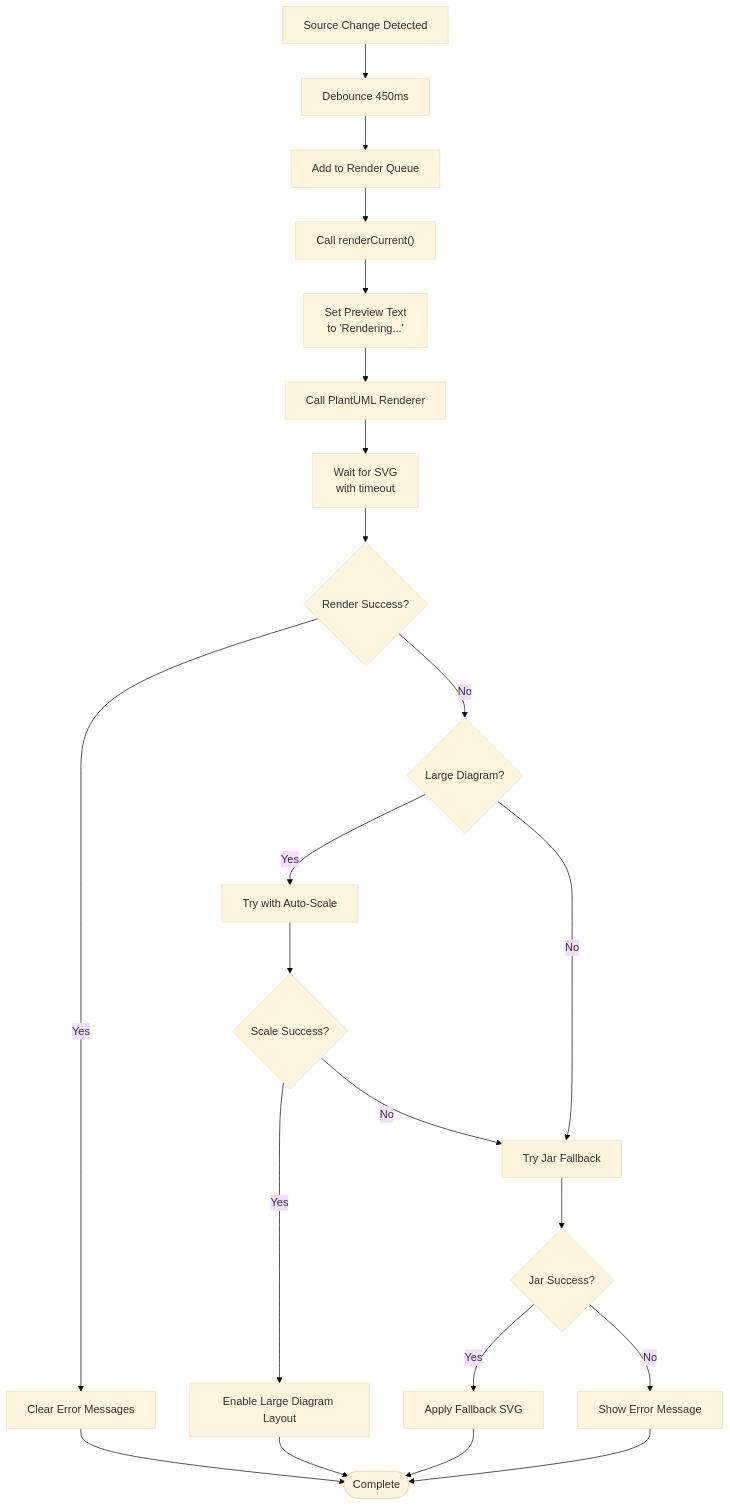
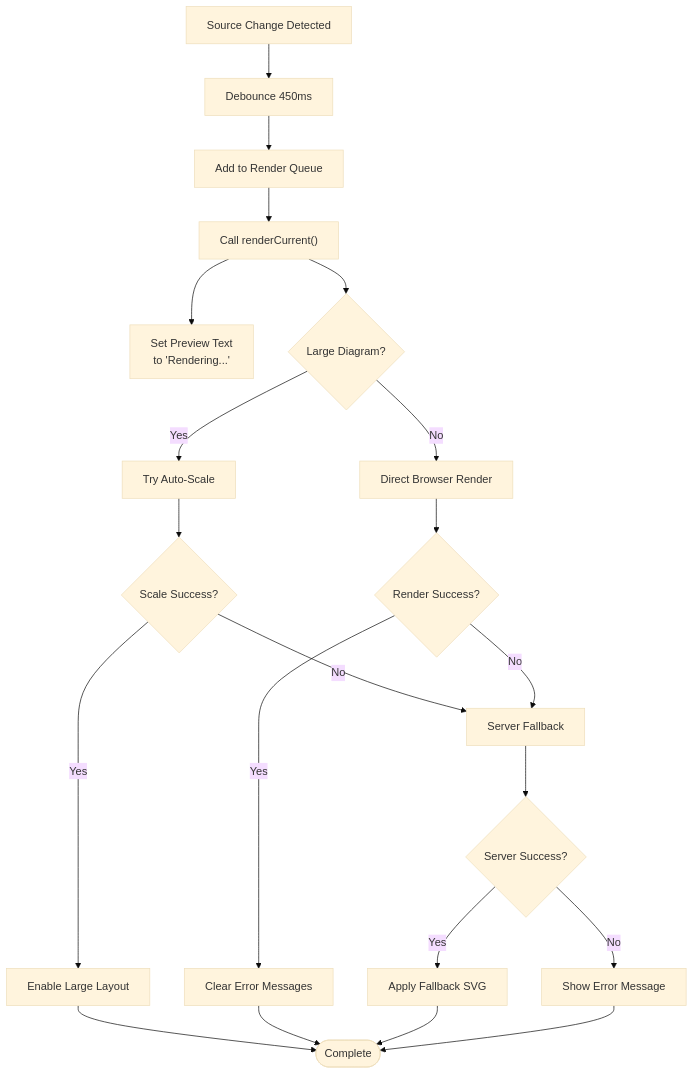
Before and after one commit to pingwurth/code-to-uml: the fourth of 12 diagrams in .qoder/repowiki/en/content/Core Components/Demo Example Component.md, drawn with Mermaid (base theme). The commit also changed other lines of this file and 55 other files, not shown here.

````diff
--- a/.qoder/repowiki/en/content/Core Components/Demo Example Component.md
+++ b/.qoder/repowiki/en/content/Core Components/Demo Example Component.md
@@ -153,24 +188,23 @@
 ```mermaid
 flowchart TD
 SourceChange["Source Change Detected"] --> Debounce["Debounce 450ms"]
 Debounce --> RenderQueue["Add to Render Queue"]
 RenderQueue --> RenderCall["Call renderCurrent()"]
 RenderCall --> SetPreview["Set Preview Text<br/>to 'Rendering...'"]
-SetPreview --> RenderEngine["Call PlantUML Renderer"]
-RenderEngine --> WaitSVG["Wait for SVG<br/>with timeout"]
-WaitSVG --> Success{"Render Success?"}
-Success --> |Yes| ClearMessage["Clear Error Messages"]
-Success --> |No| LargeDiagram{"Large Diagram?"}
-LargeDiagram --> |Yes| ScaleRetry["Try with Auto-Scale"]
-LargeDiagram --> |No| JarFallback["Try Jar Fallback"]
-ScaleRetry --> ScaleSuccess{"Scale Success?"}
-ScaleSuccess --> |Yes| SetLargeLayout["Enable Large Diagram Layout"]
-ScaleSuccess --> |No| JarFallback
-JarFallback --> JarSuccess{"Jar Success?"}
+RenderCall --> CheckLarge{"Large Diagram?"}
+CheckLarge --> |Yes| ScaleAttempt["Try Auto-Scale"]
+CheckLarge --> |No| DirectRender["Direct Browser Render"]
+ScaleAttempt --> ScaleSuccess{"Scale Success?"}
+ScaleSuccess --> |Yes| EnableLarge["Enable Large Layout"]
+ScaleSuccess --> |No| JarFallback["Server Fallback"]
+DirectRender --> RenderSuccess{"Render Success?"}
+RenderSuccess --> |Yes| ClearMessage["Clear Error Messages"]
+RenderSuccess --> |No| JarFallback
+JarFallback --> JarSuccess{"Server Success?"}
 JarSuccess --> |Yes| ApplyJar["Apply Fallback SVG"]
 JarSuccess --> |No| ShowError["Show Error Message"]
-SetLargeLayout --> Done([Complete])
+EnableLarge --> Done([Complete])
+ClearMessage --> Done
 ApplyJar --> Done
-ClearMessage --> Done
 ShowError --> Done
 ```
````
